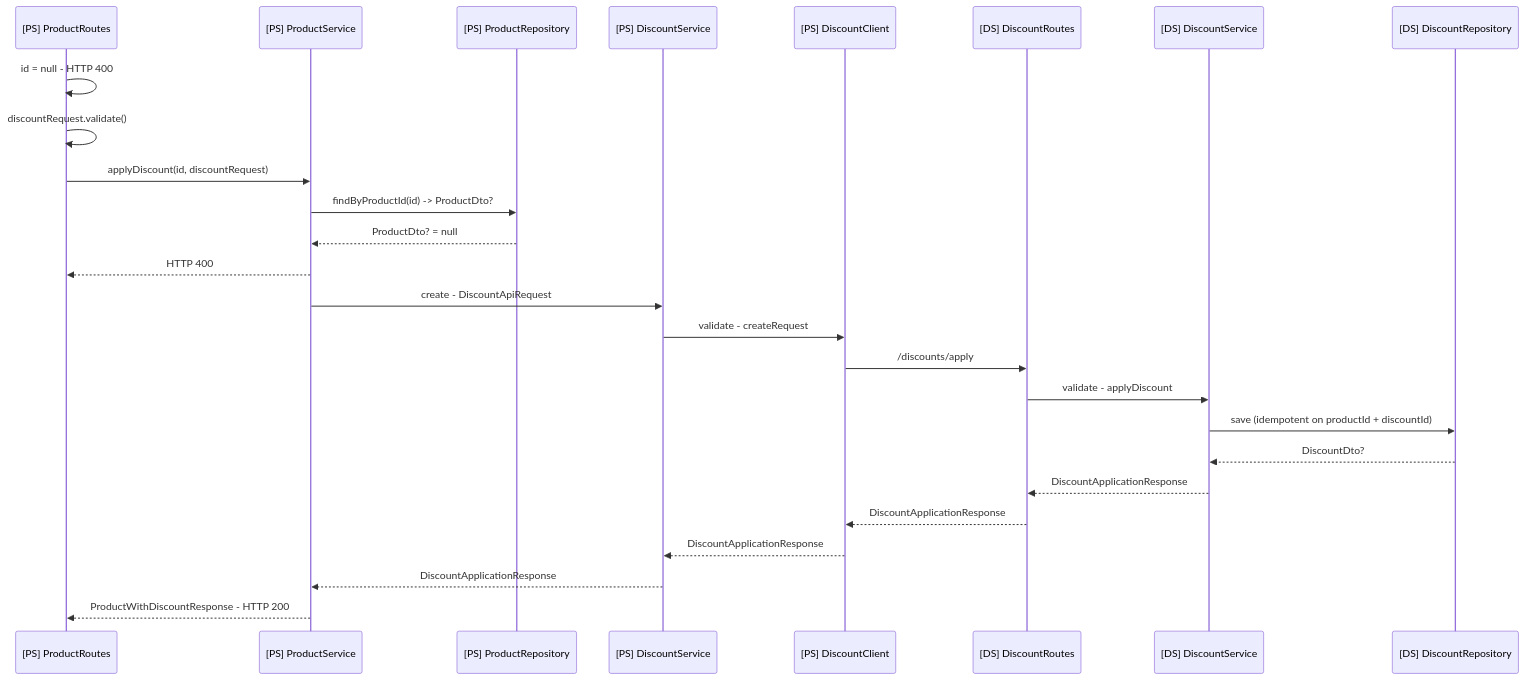
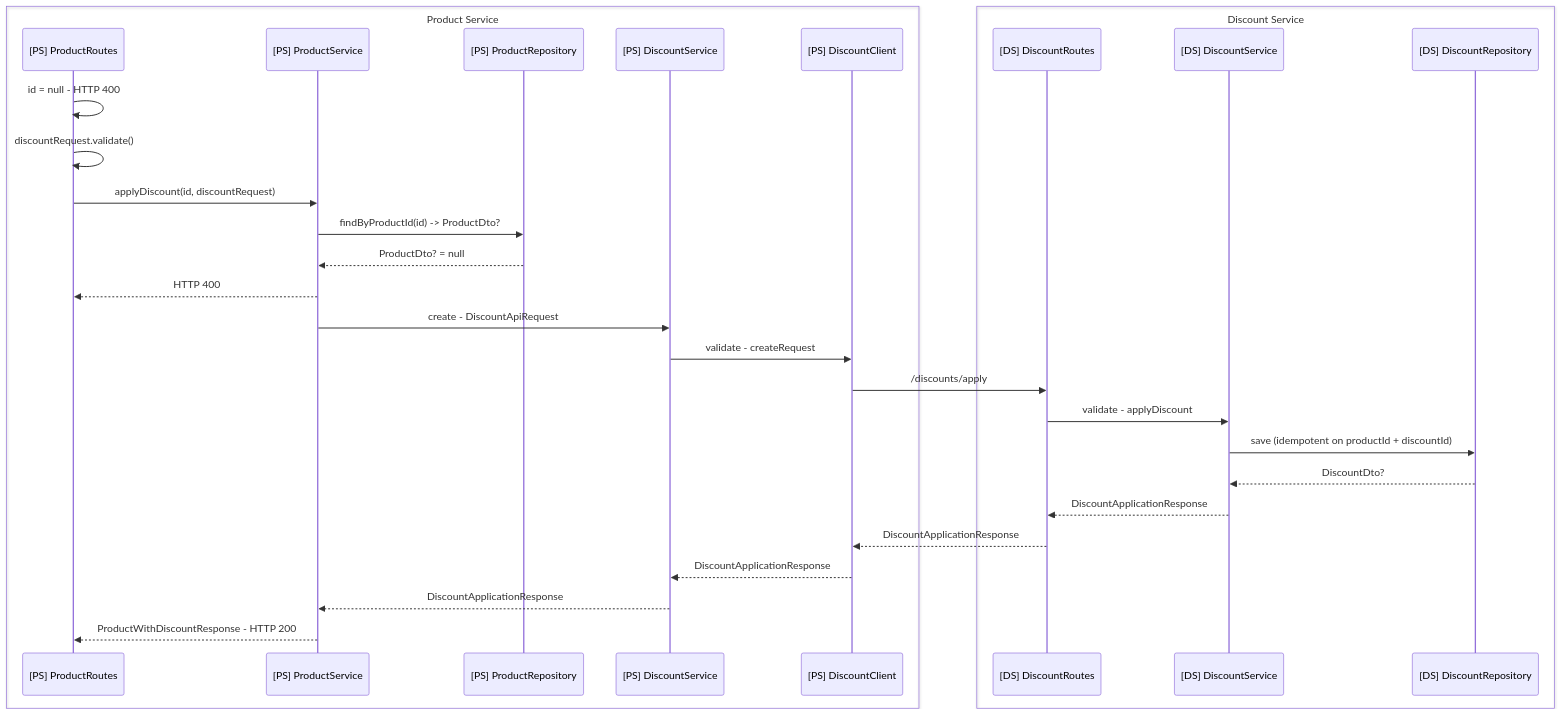
Before and after one commit to svebrant/product-api-assignment: the second of 4 diagrams in ARCHITECTURE.md, drawn with Mermaid. The commit also changed other lines of this file, not shown here.

Commit message:
Split the sequence diagrams based on service

````diff
--- a/ARCHITECTURE.md
+++ b/ARCHITECTURE.md
@@ -39,28 +44,33 @@
 ```mermaid
 sequenceDiagram
-    participant [PS] ProductRoutes
-    participant [PS] ProductService
-    participant [PS] ProductRepository
-    participant [PS] DiscountService
-    participant [PS] DiscountClient
-    participant [DS] DiscountRoutes
-    participant [DS] DiscountService
-    participant [DS] DiscountRepository
-    [PS] ProductRoutes ->> [PS] ProductRoutes: id = null - HTTP 400
-    [PS] ProductRoutes ->> [PS] ProductRoutes: discountRequest.validate()
-    [PS] ProductRoutes ->> [PS] ProductService: applyDiscount(id, discountRequest)
-    [PS] ProductService ->> [PS] ProductRepository: findByProductId(id) -> ProductDto?
-    [PS] ProductRepository -->> [PS] ProductService: ProductDto? = null
-    [PS] ProductService -->> [PS] ProductRoutes: HTTP 400
-    [PS] ProductService ->> [PS] DiscountService: create - DiscountApiRequest
-    [PS] DiscountService ->> [PS] DiscountClient: validate - createRequest
-    [PS] DiscountClient ->> [DS] DiscountRoutes: /discounts/apply
-    [DS] DiscountRoutes ->> [DS] DiscountService: validate - applyDiscount
-    [DS] DiscountService ->> [DS] DiscountRepository: save (idempotent on productId + discountId)
-    [DS] DiscountRepository -->> [DS] DiscountService: DiscountDto?
-    [DS] DiscountService -->> [DS] DiscountRoutes: DiscountApplicationResponse
-    [DS] DiscountRoutes -->> [PS] DiscountClient: DiscountApplicationResponse
-    [PS] DiscountClient -->> [PS] DiscountService: DiscountApplicationResponse
-    [PS] DiscountService -->> [PS] ProductService: DiscountApplicationResponse
-    [PS] ProductService -->> [PS] ProductRoutes: ProductWithDiscountResponse - HTTP 200
+    box Product Service
+        participant PR as [PS] ProductRoutes
+        participant PS as [PS] ProductService
+        participant PREP as [PS] ProductRepository
+        participant DS as [PS] DiscountService
+        participant DC as [PS] DiscountClient
+    end
+    box Discount Service
+        participant DR as [DS] DiscountRoutes
+        participant DSS as [DS] DiscountService
+        participant DREP as [DS] DiscountRepository
+    end
+
+    PR ->> PR: id = null - HTTP 400
+    PR ->> PR: discountRequest.validate()
+    PR ->> PS: applyDiscount(id, discountRequest)
+    PS ->> PREP: findByProductId(id) -> ProductDto?
+    PREP -->> PS: ProductDto? = null
+    PS -->> PR: HTTP 400
+    PS ->> DS: create - DiscountApiRequest
+    DS ->> DC: validate - createRequest
+    DC ->> DR: /discounts/apply
+    DR ->> DSS: validate - applyDiscount
+    DSS ->> DREP: save (idempotent on productId + discountId)
+    DREP -->> DSS: DiscountDto?
+    DSS -->> DR: DiscountApplicationResponse
+    DR -->> DC: DiscountApplicationResponse
+    DC -->> DS: DiscountApplicationResponse
+    DS -->> PS: DiscountApplicationResponse
+    PS -->> PR: ProductWithDiscountResponse - HTTP 200
 ```
````
